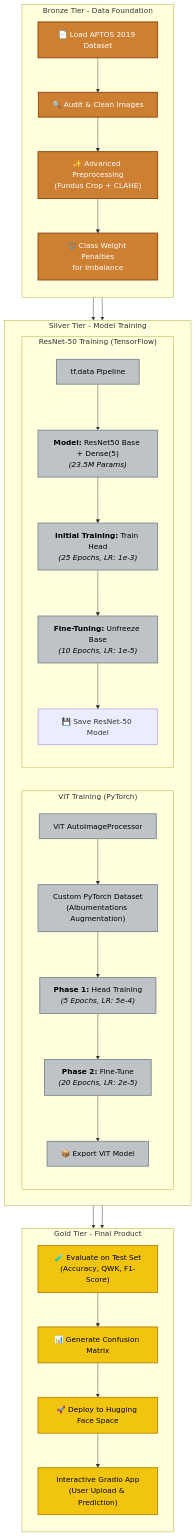
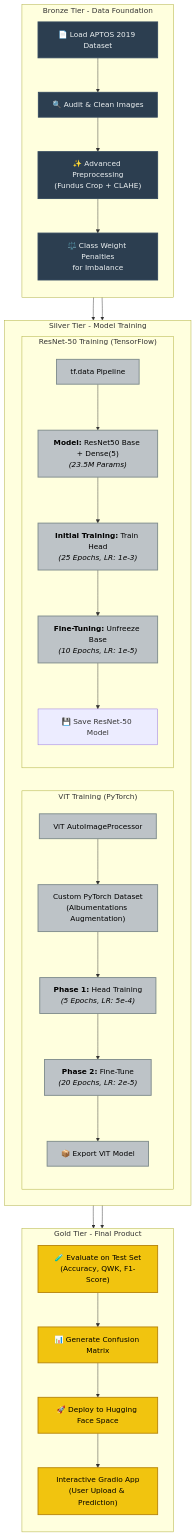
One commit to Yeshwanth-git-tech/DiabeticRetinopathy-ViT-Resnet changed the diagram in README.md. Above: the diagram before and after it, drawn with Mermaid.

Commit message:
Edit README-f

````diff
--- a/README.md
+++ b/README.md
@@ -7,53 +7,53 @@
 ```mermaid
 flowchart TB
     %% --- Style Definitions ---
-    classDef bronzeStyle fill:#cd7f32,stroke:#8B4513,stroke-width:2px,color:#ffffff
+    classDef bronzeStyle fill:#2c3e50,stroke:#34495e,stroke-width:2px,color:#ecf0f1
     classDef silverStyle fill:#bdc3c7,stroke:#7f8c8d,stroke-width:2px,color:#000000
     classDef goldStyle fill:#f1c40f,stroke:#b8860b,stroke-width:2px,color:#000000
 
     %% --- BRONZE TIER: Data Pipeline ---
     subgraph Bronze Tier - Data Foundation
         direction TB
         A["📄 Load APTOS 2019 Dataset"] --> B["🔍 Audit & Clean Images"]
         B --> C["✨ Advanced Preprocessing<br/>(Fundus Crop + CLAHE)"]
         C --> D["⚖️ Class Weight Penalties<br/>for Imbalance"]
     end
     class A,B,C,D bronzeStyle
 
     %% --- SILVER TIER: Model Training ---
     subgraph Silver Tier - Model Training
         direction LR
 
         subgraph "ViT Training (PyTorch)"
             direction TB
             G1["ViT AutoImageProcessor"] --> G2["Custom PyTorch Dataset<br/>(Albumentations Augmentation)"]
             G2 --> G3["<b>Phase 1:</b> Head Training<br/><i>(5 Epochs, LR: 5e-4)</i>"]
             G3 --> G4["<b>Phase 2:</b> Fine-Tune<br/><i>(20 Epochs, LR: 2e-5)</i>"]
             G4 --> G5["📦 Export ViT Model"]
         end
 
         subgraph "ResNet-50 Training (TensorFlow)"
             direction TB
             H1["tf.data Pipeline"] --> H2["<b>Model:</b> ResNet50 Base + Dense(5)<br/><i>(23.5M Params)</i>"]
             H2 --> H3["<b>Initial Training:</b> Train Head<br/><i>(25 Epochs, LR: 1e-3)</i>"]
             H3 --> H4["<b>Fine-Tuning:</b> Unfreeze Base<br/><i>(10 Epochs, LR: 1e-5)</i>"]
             H4 --> H5["💾 Save ResNet-50 Model"]
         end
     end
     class G1,G2,G3,G4,G5,H1,H2,H3,H4 silverStyle
 
     %% --- GOLD TIER: Final Product ---
     subgraph Gold Tier - Final Product
         direction TB
         I1["🧪 Evaluate on Test Set<br/>(Accuracy, QWK, F1-Score)"] --> I2["📊 Generate Confusion Matrix"]
         I2 --> J1["🚀 Deploy to Hugging Face Space"]
         J1 --> J2["Interactive Gradio App<br/>(User Upload & Prediction)"]
     end
     class I1,I2,J1,J2 goldStyle
 
     %% --- Connections ---
     D --> G1
     D --> H1
     G5 --> I1
     H5 --> I1
 ```
````
